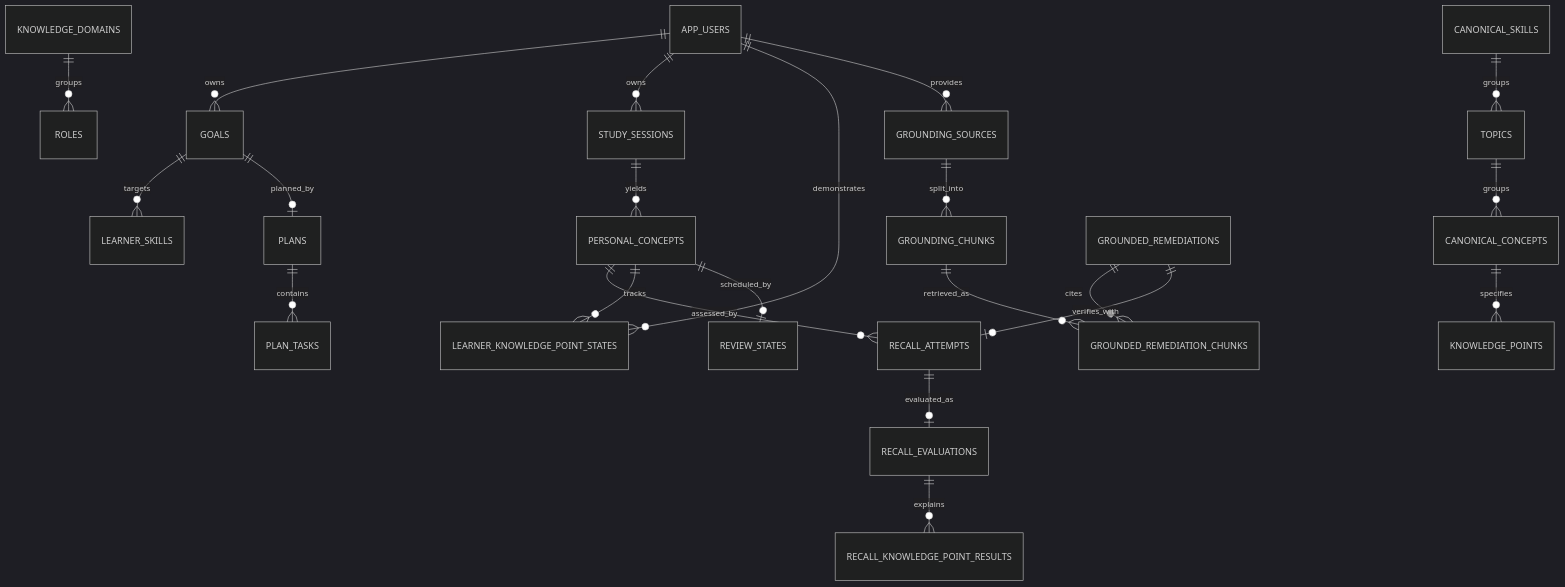
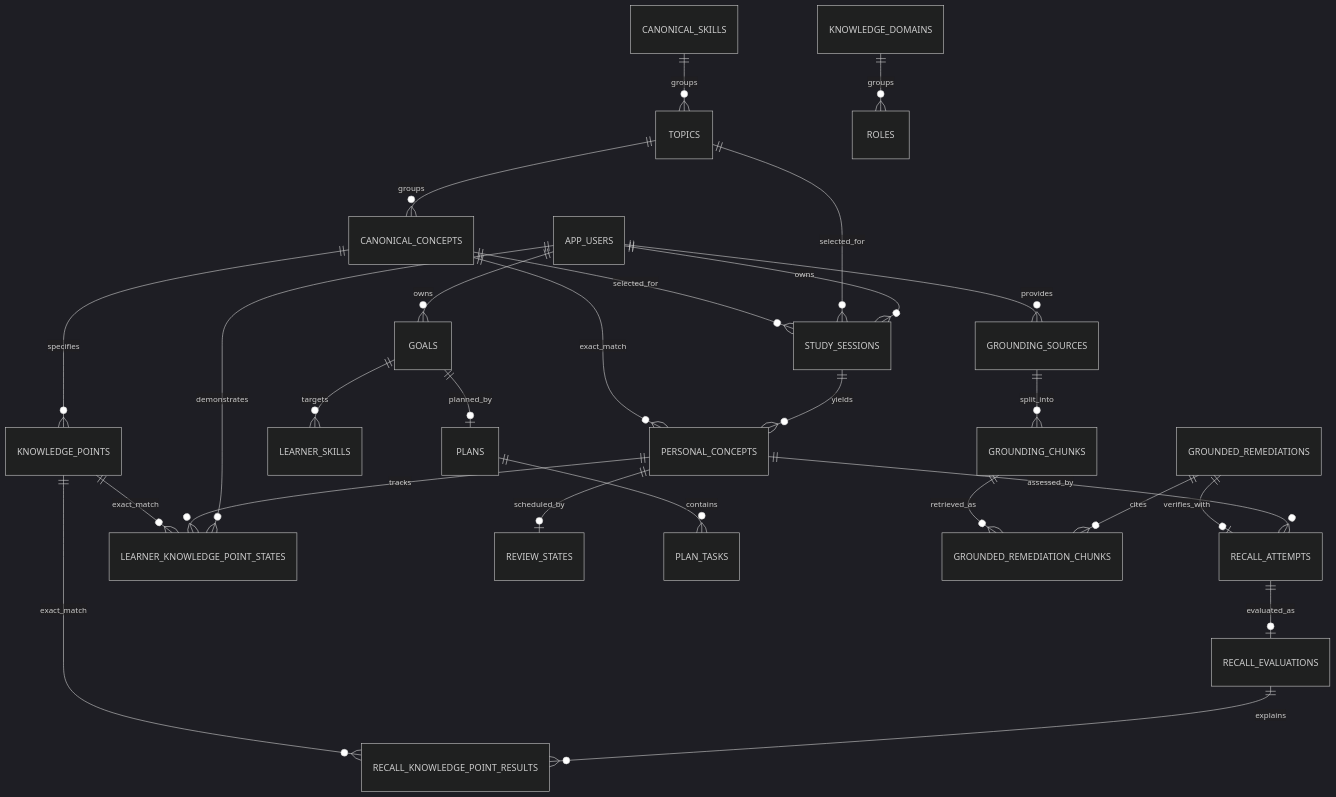
The diagram in docs/DATA_MODEL.md (Sundramrai3691/RecallLoop), drawn with Mermaid (dark theme) before and after one commit. The commit also changed other lines of this file and 26 other files, not shown here.

Commit message:
feat: Enhance canonical mapping in study sessions and concepts

````diff
--- a/docs/DATA_MODEL.md
+++ b/docs/DATA_MODEL.md
@@ -7,24 +7,29 @@
 ```mermaid
 erDiagram
   APP_USERS ||--o{ GOALS : owns
   APP_USERS ||--o{ STUDY_SESSIONS : owns
+  TOPICS ||--o{ STUDY_SESSIONS : selected_for
+  CANONICAL_CONCEPTS ||--o{ STUDY_SESSIONS : selected_for
   STUDY_SESSIONS ||--o{ PERSONAL_CONCEPTS : yields
+  CANONICAL_CONCEPTS ||--o{ PERSONAL_CONCEPTS : exact_match
   PERSONAL_CONCEPTS ||--o{ RECALL_ATTEMPTS : assessed_by
   RECALL_ATTEMPTS ||--o| RECALL_EVALUATIONS : evaluated_as
   RECALL_EVALUATIONS ||--o{ RECALL_KNOWLEDGE_POINT_RESULTS : explains
   APP_USERS ||--o{ LEARNER_KNOWLEDGE_POINT_STATES : demonstrates
   PERSONAL_CONCEPTS ||--o{ LEARNER_KNOWLEDGE_POINT_STATES : tracks
+  KNOWLEDGE_POINTS ||--o{ RECALL_KNOWLEDGE_POINT_RESULTS : exact_match
+  KNOWLEDGE_POINTS ||--o{ LEARNER_KNOWLEDGE_POINT_STATES : exact_match
   PERSONAL_CONCEPTS ||--o| REVIEW_STATES : scheduled_by
   GOALS ||--o{ LEARNER_SKILLS : targets
   GOALS ||--o| PLANS : planned_by
   PLANS ||--o{ PLAN_TASKS : contains
   KNOWLEDGE_DOMAINS ||--o{ ROLES : groups
   CANONICAL_SKILLS ||--o{ TOPICS : groups
   TOPICS ||--o{ CANONICAL_CONCEPTS : groups
   CANONICAL_CONCEPTS ||--o{ KNOWLEDGE_POINTS : specifies
   APP_USERS ||--o{ GROUNDING_SOURCES : provides
   GROUNDING_SOURCES ||--o{ GROUNDING_CHUNKS : split_into
   GROUNDED_REMEDIATIONS ||--o{ GROUNDED_REMEDIATION_CHUNKS : cites
   GROUNDING_CHUNKS ||--o{ GROUNDED_REMEDIATION_CHUNKS : retrieved_as
   GROUNDED_REMEDIATIONS ||--o| RECALL_ATTEMPTS : verifies_with
 ```
````
